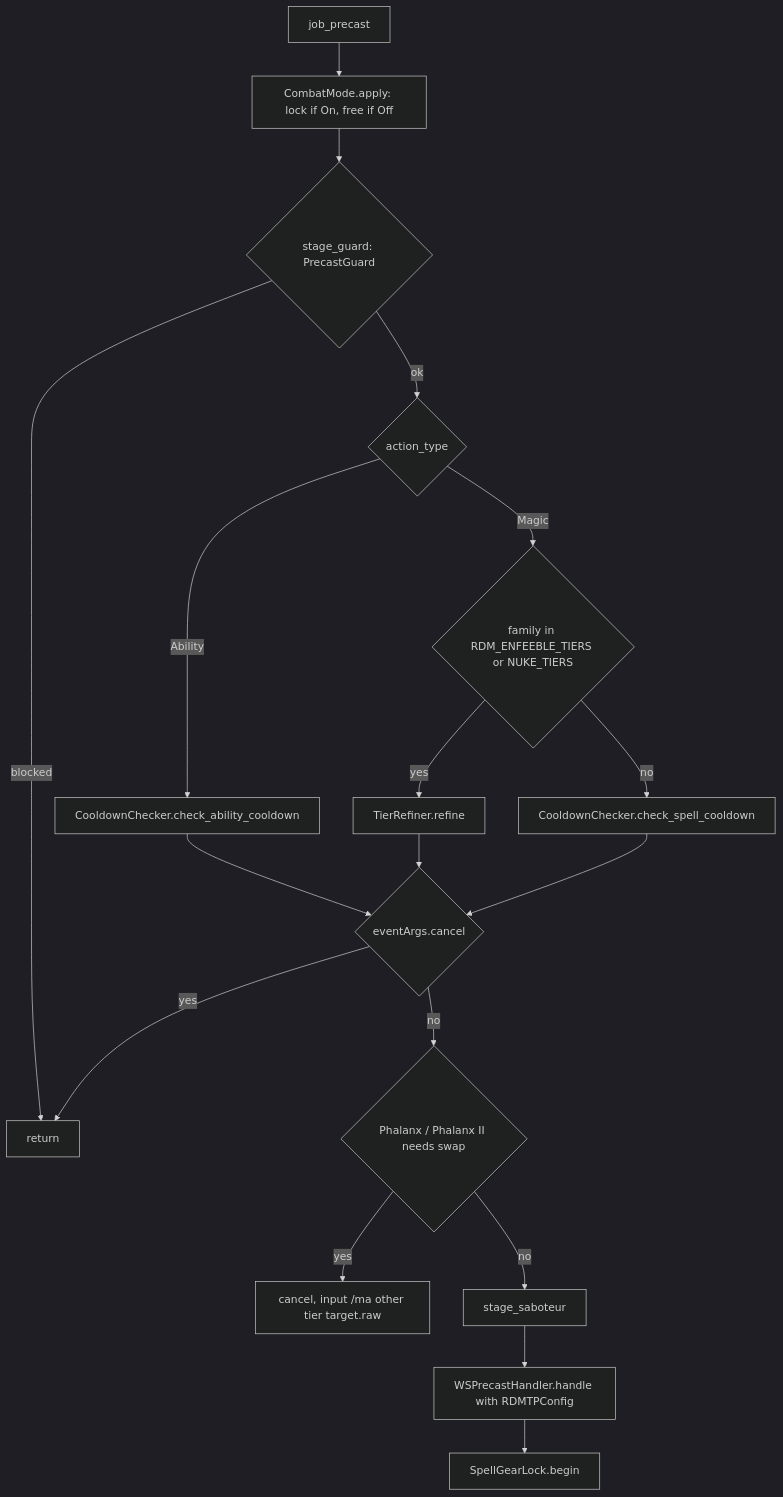
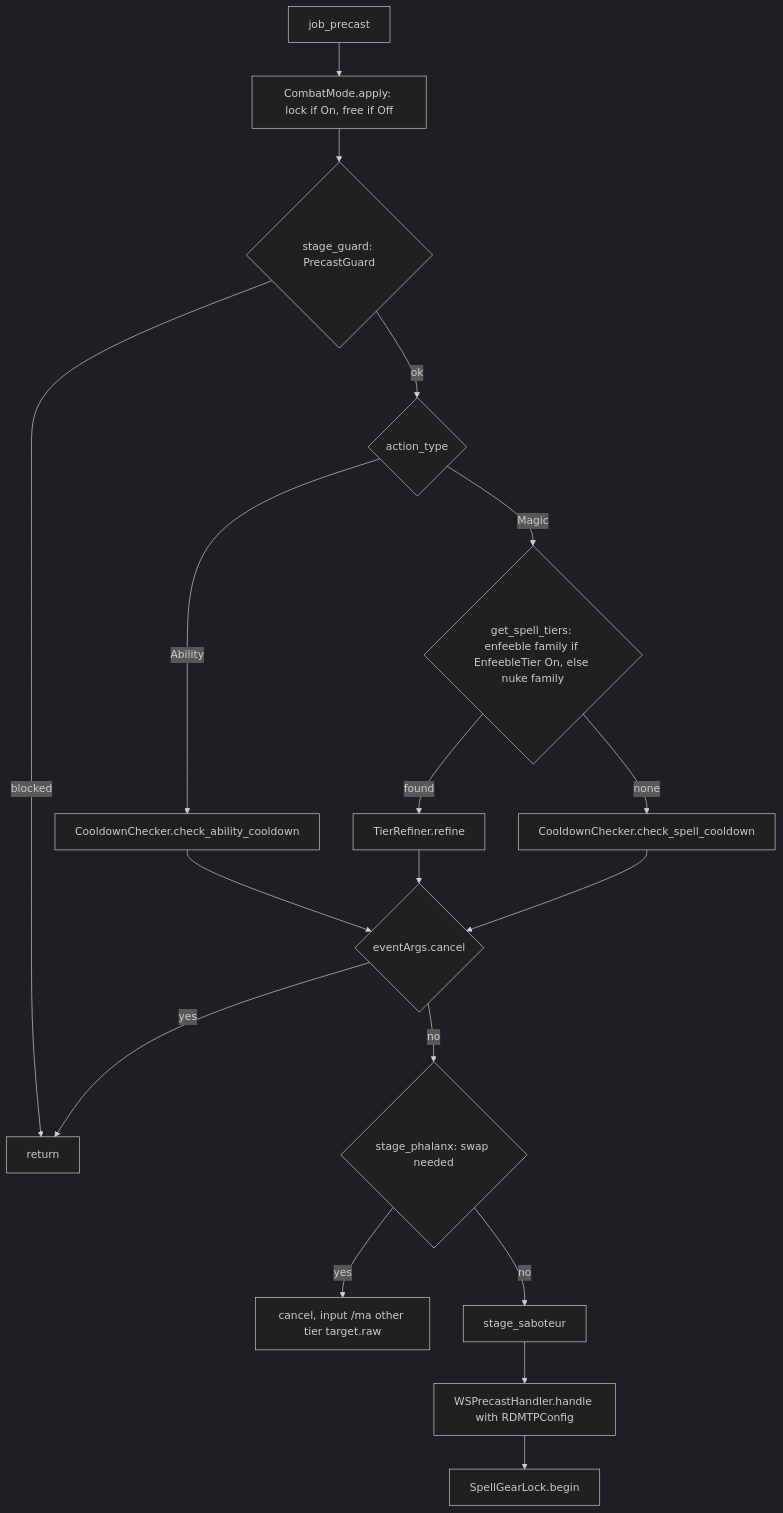
Before and after one commit to ejouanchicot/Gearswap: the second of 2 diagrams in docs/dev/jobs/rdm.md, drawn with Mermaid (dark theme). The commit also changed other lines of this file and 8 other files, not shown here.

````diff
--- a/docs/dev/jobs/rdm.md
+++ b/docs/dev/jobs/rdm.md
@@ -147,20 +142,20 @@
 ```mermaid
 flowchart TD
     A[job_precast] --> D0[CombatMode.apply: lock if On, free if Off]
     D0 --> G{stage_guard: PrecastGuard}
     G -- blocked --> Z[return]
     G -- ok --> C{action_type}
     C -- Ability --> CA[CooldownChecker.check_ability_cooldown]
-    C -- Magic --> T{family in RDM_ENFEEBLE_TIERS or NUKE_TIERS}
-    T -- yes --> TR[TierRefiner.refine]
-    T -- no --> CS[CooldownChecker.check_spell_cooldown]
+    C -- Magic --> T{get_spell_tiers: enfeeble family if EnfeebleTier On, else nuke family}
+    T -- found --> TR[TierRefiner.refine]
+    T -- none --> CS[CooldownChecker.check_spell_cooldown]
     CA --> X{eventArgs.cancel}
     TR --> X
     CS --> X
     X -- yes --> Z
-    X -- no --> P{Phalanx / Phalanx II needs swap}
+    X -- no --> P{stage_phalanx: swap needed}
     P -- yes --> PS[cancel, input /ma other tier target.raw]
     P -- no --> S[stage_saboteur]
     S --> W[WSPrecastHandler.handle with RDMTPConfig]
     W --> L[SpellGearLock.begin]
 ```
````
